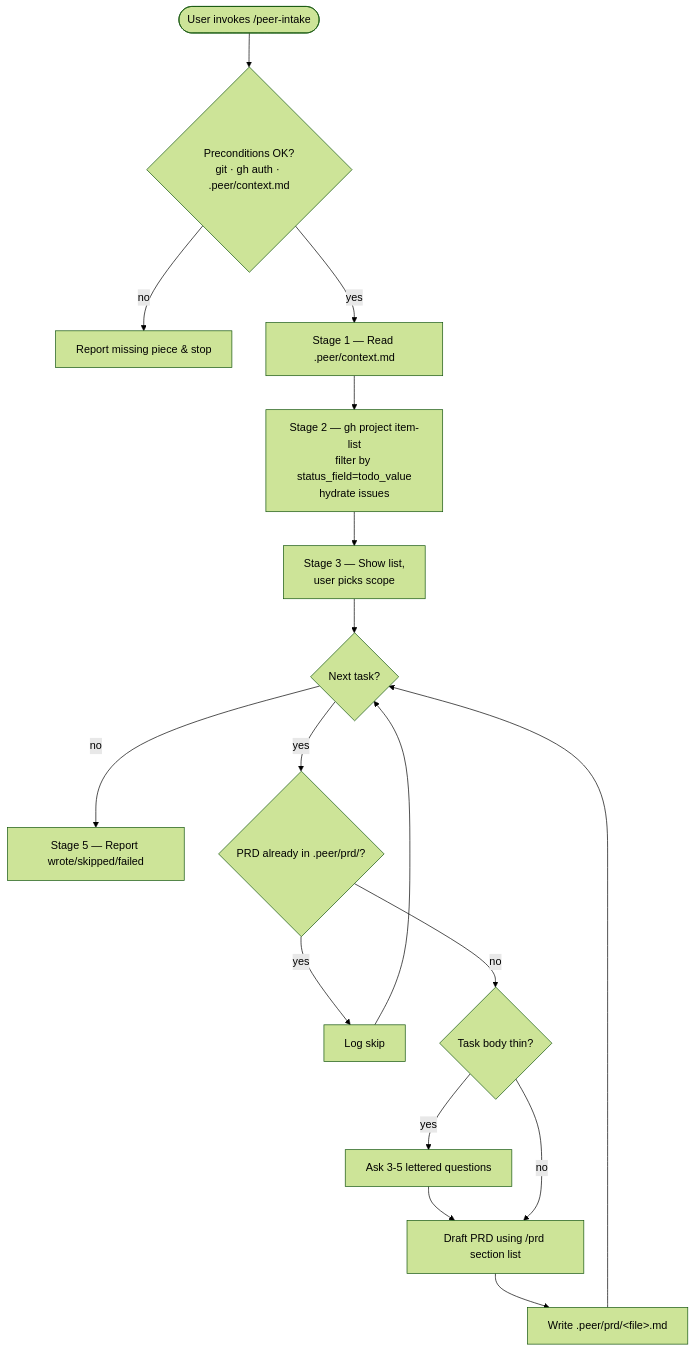
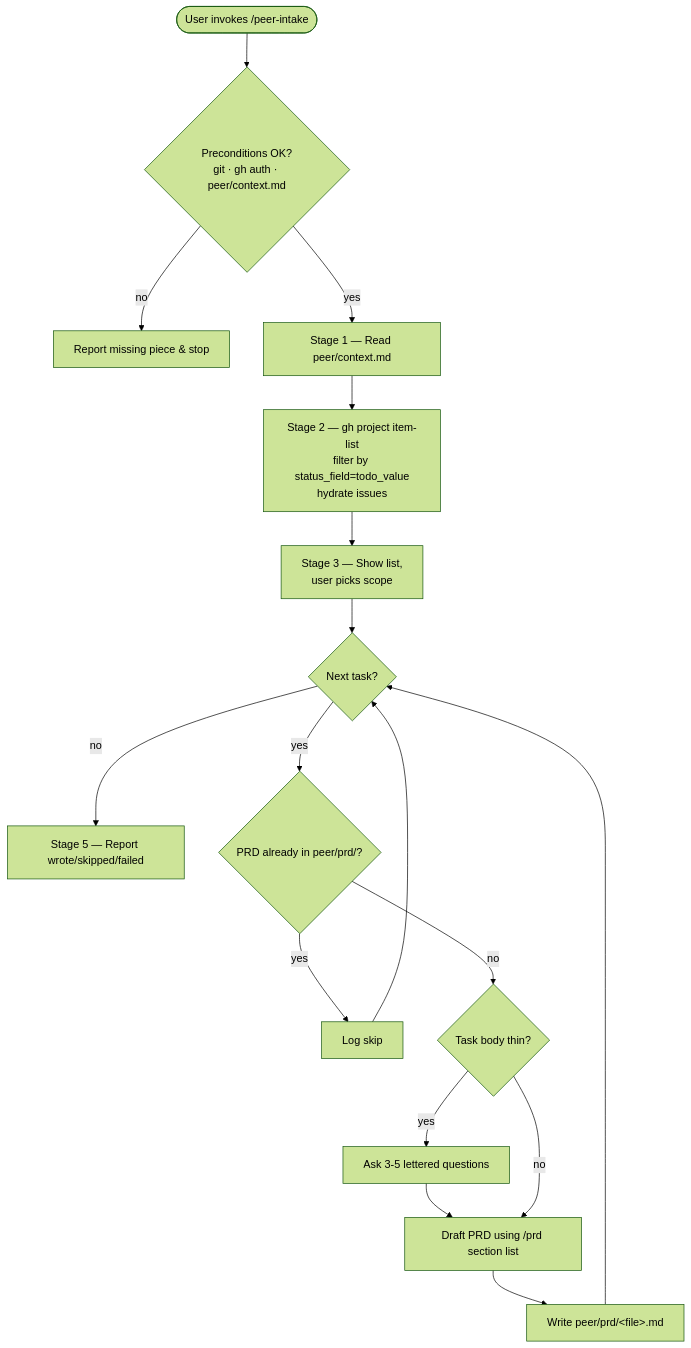
The diagram in skills/peer-intake/SKILL.md (santichio/peer), drawn with Mermaid (forest theme) before and after one commit. The commit also changed other lines of this file and 6 other files, not shown here.

````diff
--- a/skills/peer-intake/SKILL.md
+++ b/skills/peer-intake/SKILL.md
@@ -217,16 +217,16 @@
 ```mermaid
 flowchart TD
-    start(["User invokes /peer-intake"]) --> pre{"Preconditions OK?\ngit · gh auth · .peer/context.md"}
+    start(["User invokes /peer-intake"]) --> pre{"Preconditions OK?\ngit · gh auth · peer/context.md"}
     pre -- no --> stop1["Report missing piece & stop"]
-    pre -- yes --> ctx["Stage 1 — Read .peer/context.md"]
+    pre -- yes --> ctx["Stage 1 — Read peer/context.md"]
     ctx --> fetch["Stage 2 — gh project item-list\nfilter by status_field=todo_value\nhydrate issues"]
     fetch --> pick["Stage 3 — Show list,\nuser picks scope"]
     pick --> loop{"Next task?"}
     loop -- no --> report["Stage 5 — Report wrote/skipped/failed"]
-    loop -- yes --> exists{"PRD already in .peer/prd/?"}
+    loop -- yes --> exists{"PRD already in peer/prd/?"}
     exists -- yes --> skip["Log skip"] --> loop
     exists -- no --> thin{"Task body thin?"}
     thin -- yes --> ask["Ask 3-5 lettered questions"] --> draft
     thin -- no --> draft["Draft PRD using /prd section list"]
-    draft --> write["Write .peer/prd/&lt;file&gt;.md"] --> loop
+    draft --> write["Write peer/prd/&lt;file&gt;.md"] --> loop
 ```
````
